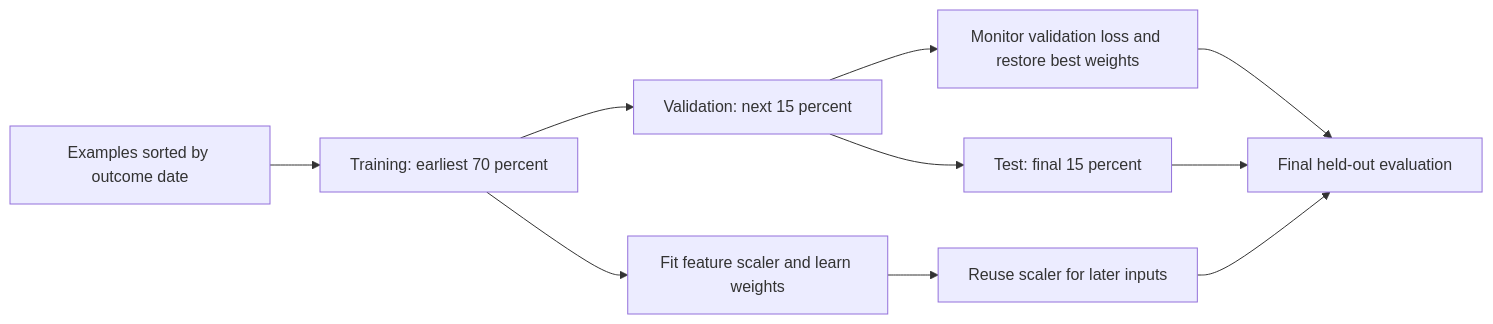
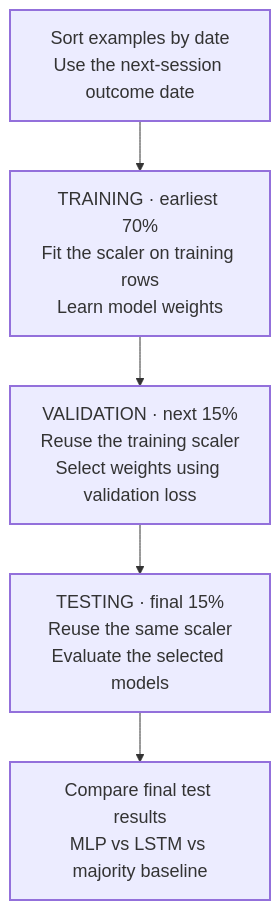
The second of 3 diagrams in README.md (verdhanyash/Lstm_Mlp_StockPrediction), drawn with Mermaid before and after one commit. The commit also changed other lines of this file, not shown here.

Commit message:
Make README diagrams vertical with readable wrapped labels

````diff
--- a/README.md
+++ b/README.md
@@ -104,12 +103,10 @@
 ```mermaid
-flowchart LR
-    A[Examples sorted by outcome date] --> B[Training: earliest 70 percent]
-    B --> C[Validation: next 15 percent]
-    C --> D[Test: final 15 percent]
-    B --> E[Fit feature scaler and learn weights]
-    E --> F[Reuse scaler for later inputs]
-    C --> G[Monitor validation loss and restore best weights]
-    G --> H[Final held-out evaluation]
-    D --> H
-    F --> H
+flowchart TD
+    A["Sort examples by date<br/>Use the next-session outcome date"]
+    B["TRAINING · earliest 70%<br/>Fit the scaler on training rows<br/>Learn model weights"]
+    C["VALIDATION · next 15%<br/>Reuse the training scaler<br/>Select weights using validation loss"]
+    D["TESTING · final 15%<br/>Reuse the same scaler<br/>Evaluate the selected models"]
+    E["Compare final test results<br/>MLP vs LSTM vs majority baseline"]
+    A --> B --> C --> D --> E
+    classDef default font-size:18px,stroke-width:2px;
 ```
````
